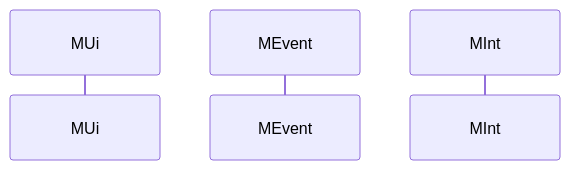
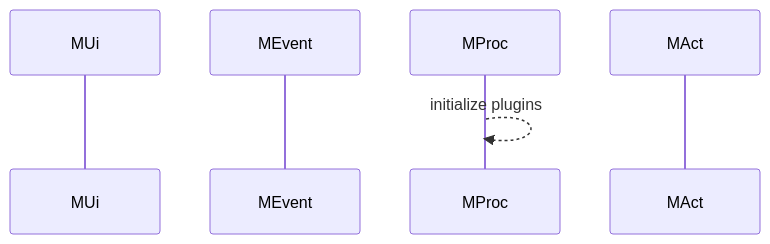
Before and after one commit to gordianknotC/nxp_note: the first of 4 diagrams in flutter/android_to_flutter.md, drawn with Mermaid. The commit also changed other lines of this file, not shown here.

````diff
--- a/flutter/android_to_flutter.md
+++ b/flutter/android_to_flutter.md
@@ -1,6 +1,9 @@
 ```mermaid
 sequenceDiagram
 participant MUi
 participant MEvent
-participant MInt
+participant MProc
+participant MAct
+
+MProc-->>MProc: initialize plugins
 ```
````
